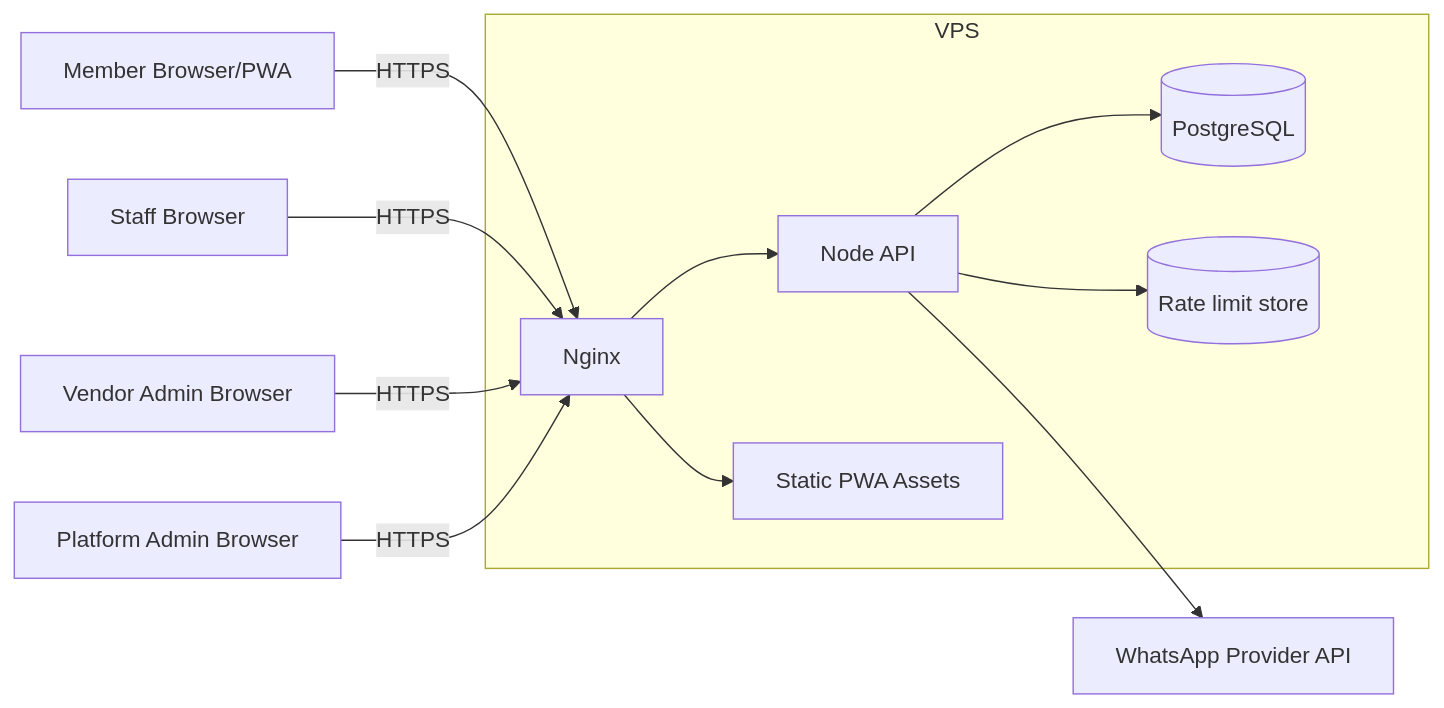
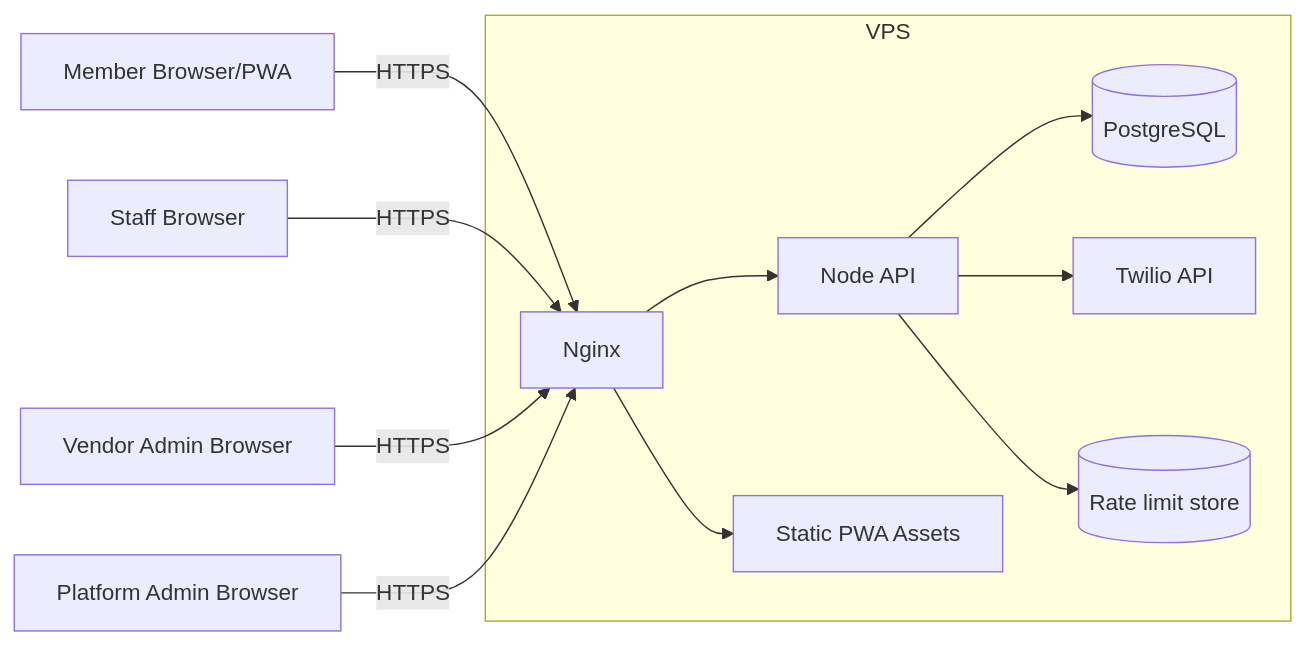
Before and after one commit to NeilAdamson/loyalty-pwa: the first of 2 diagrams in docs/ARCHITECTURE.md, drawn with Mermaid. The commit also changed other lines of this file and 9 other files, not shown here.

````diff
--- a/docs/ARCHITECTURE.md
+++ b/docs/ARCHITECTURE.md
@@ -17,22 +17,23 @@
 ```mermaid
 flowchart LR
   M[Member Browser/PWA] -->|HTTPS| N[Nginx]
   S[Staff Browser] -->|HTTPS| N
   VA[Vendor Admin Browser] -->|HTTPS| N
   PA[Platform Admin Browser] -->|HTTPS| N
 
   N --> API[Node API]
   N --> PWA[Static PWA Assets]
 
   API --> DB[(PostgreSQL)]
   API --> WA[WhatsApp Provider API]
   API --> RL[(Rate limit store)]
 
   subgraph VPS
     N
     API
     PWA
     DB
     RL
+    WA[Twilio API]
   end
 ```
````
